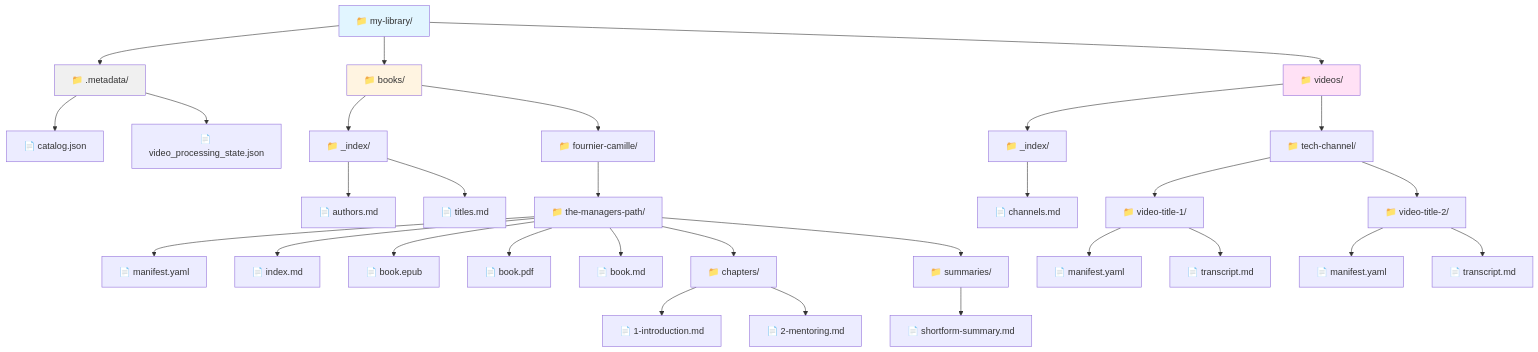
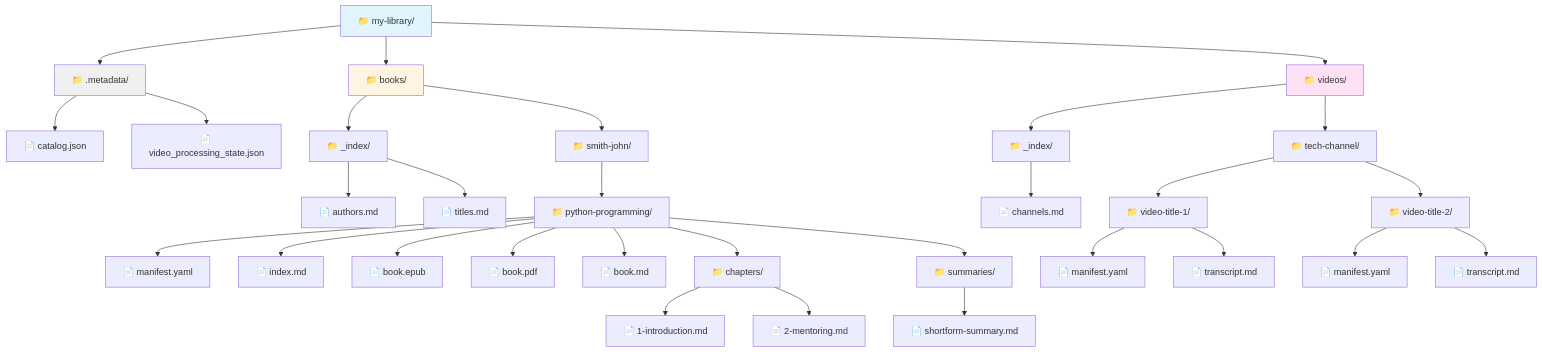
The second of 2 diagrams in README.md (kennyrnwilson/resource-librarian), drawn with Mermaid before and after one commit. The commit also changed other lines of this file and 2 other files, not shown here.

````diff
--- a/README.md
+++ b/README.md
@@ -178,51 +178,51 @@
 ```mermaid
 graph TB
     Library[📁 my-library/]
 
     Library --> Metadata[📁 .metadata/]
     Library --> Books[📁 books/]
     Library --> Videos[📁 videos/]
 
     Metadata --> Catalog[📄 catalog.json]
     Metadata --> VideoState[📄 video_processing_state.json]
 
     Books --> BooksIndex[📁 _index/]
-    Books --> Author[📁 fournier-camille/]
+    Books --> Author[📁 smith-john/]
 
     BooksIndex --> AuthorsMd[📄 authors.md]
     BooksIndex --> TitlesMd[📄 titles.md]
 
-    Author --> BookFolder[📁 the-managers-path/]
+    Author --> BookFolder[📁 python-programming/]
 
     BookFolder --> Manifest[📄 manifest.yaml]
     BookFolder --> IndexMd[📄 index.md]
     BookFolder --> Epub[📄 book.epub]
     BookFolder --> Pdf[📄 book.pdf]
     BookFolder --> Md[📄 book.md]
     BookFolder --> Chapters[📁 chapters/]
     BookFolder --> Summaries[📁 summaries/]
 
     Chapters --> Ch1[📄 1-introduction.md]
     Chapters --> Ch2[📄 2-mentoring.md]
 
     Summaries --> Summary[📄 shortform-summary.md]
 
     Videos --> VideosIndex[📁 _index/]
     Videos --> Channel[📁 tech-channel/]
 
     VideosIndex --> ChannelsMd[📄 channels.md]
 
     Channel --> Video1[📁 video-title-1/]
     Channel --> Video2[📁 video-title-2/]
 
     Video1 --> V1Manifest[📄 manifest.yaml]
     Video1 --> V1Transcript[📄 transcript.md]
 
     Video2 --> V2Manifest[📄 manifest.yaml]
     Video2 --> V2Transcript[📄 transcript.md]
 
     style Library fill:#e1f5ff
     style Books fill:#fff4e1
     style Videos fill:#ffe1f5
     style Metadata fill:#f0f0f0
 ```
````
